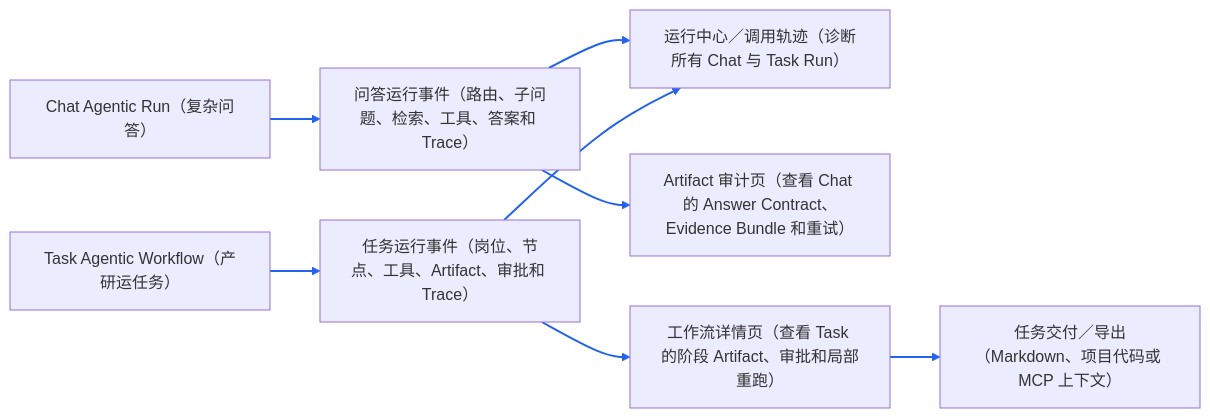
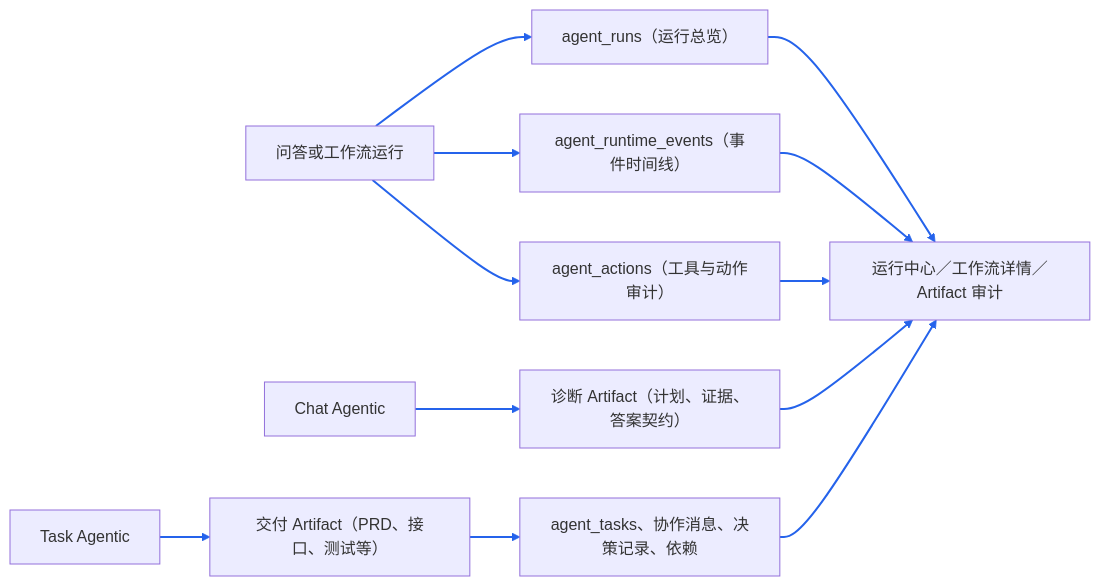
One commit to monstereatai/RAG changed diagram 13 of 16 in docs/interview/功能步骤流程.md. Above: the diagram before and after it, drawn with Mermaid. The commit also changed other lines of this file and 3 other files, not shown here.

````diff
--- a/docs/interview/功能步骤流程.md
+++ b/docs/interview/功能步骤流程.md
@@ -1841,11 +436,15 @@
 ```mermaid
 flowchart LR
- A[Chat Agentic Run（复杂问答）] --> B[问答运行事件（路由、子问题、检索、工具、答案和 Trace）]
-  C[Task Agentic Workflow（产研运任务）] --> D[任务运行事件（岗位、节点、工具、Artifact、审批和 Trace）]
-  B --> E[运行中心／调用轨迹（诊断所有 Chat 与 Task Run）]
-  D --> E
-  B --> F[Artifact 审计页（查看 Chat 的 Answer Contract、Evidence Bundle 和重试）]
-  D --> G[工作流详情页（查看 Task 的阶段 Artifact、审批和局部重跑）]
-  G --> H[任务交付／导出（Markdown、项目代码或 MCP 上下文）]
-  linkStyle 0,1,2,3,4,5,6 stroke:#2563eb,stroke-width:2px
+  A[问答或工作流运行] --> B[agent_runs（运行总览）]
+  A --> C[agent_runtime_events（事件时间线）]
+  A --> D[agent_actions（工具与动作审计）]
+  E[Chat Agentic] --> F[诊断 Artifact（计划、证据、答案契约）]
+  G[Task Agentic] --> H[交付 Artifact（PRD、接口、测试等）]
+  H --> I[agent_tasks、协作消息、决策记录、依赖]
+  B --> J[运行中心／工作流详情／Artifact 审计]
+  C --> J
+  D --> J
+  F --> J
+  I --> J
+  linkStyle 0,1,2,3,4,5,6,7,8,9,10 stroke:#2563eb,stroke-width:2px
 ```
````
